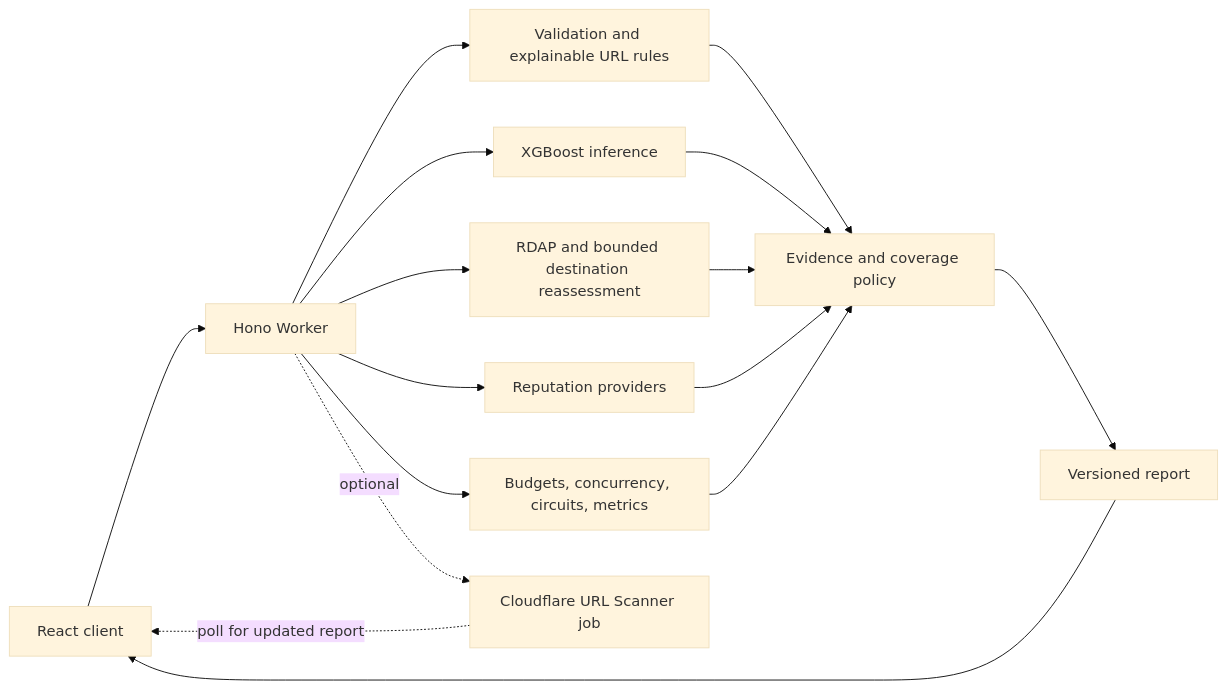
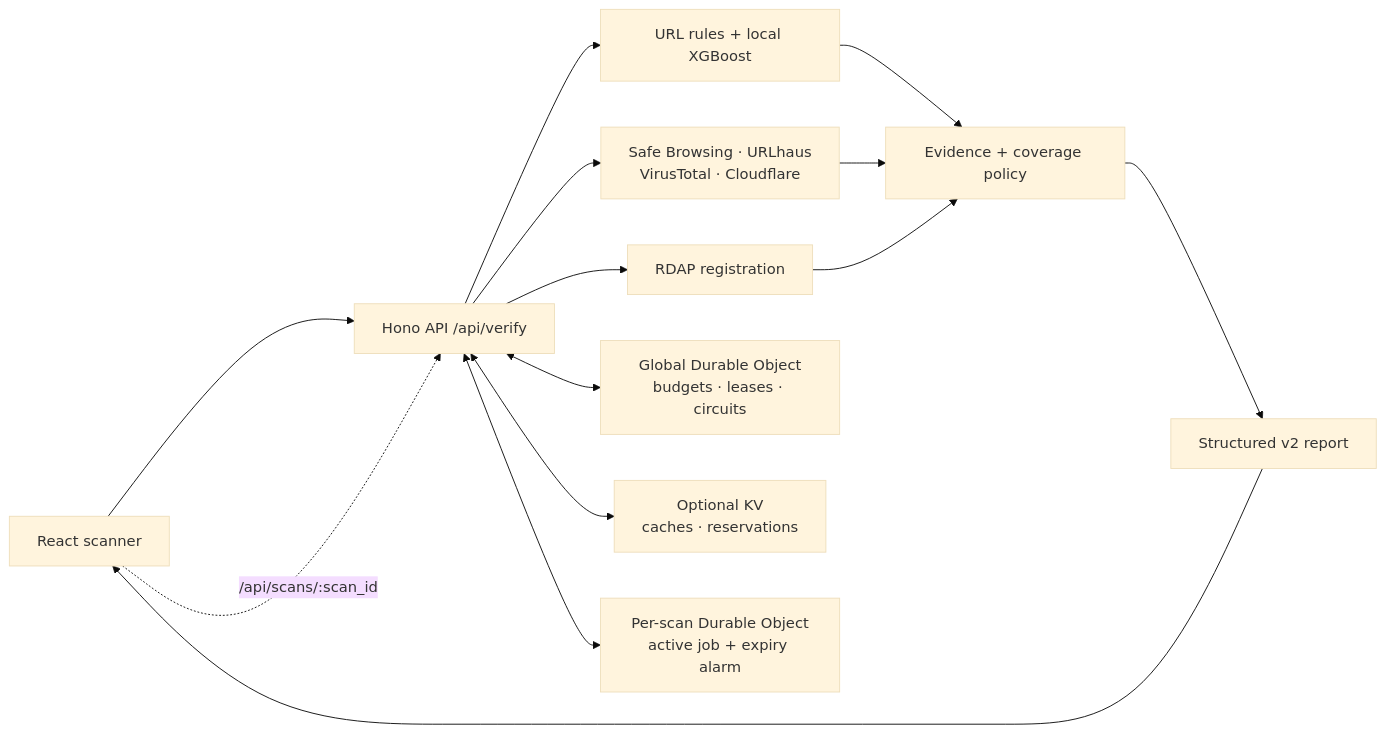
One commit to athx1337/phishX changed the diagram in README.md. Above: the diagram before and after it, drawn with Mermaid (base theme). The commit also changed other lines of this file and 2 other files, not shown here.

````diff
--- a/README.md
+++ b/README.md
@@ -35,18 +66,16 @@
 ```mermaid
 flowchart LR
-    A[React client] --> B[Hono Worker]
-    B --> C[Validation and explainable URL rules]
-    B --> D[XGBoost inference]
-    B --> E[RDAP and bounded destination reassessment]
-    B --> F[Reputation providers]
-    B --> G[Budgets, concurrency, circuits, metrics]
-    C --> H[Evidence and coverage policy]
-    D --> H
-    E --> H
-    F --> H
-    G --> H
-    H --> I[Versioned report]
-    I --> A
-    B -. optional .-> J[Cloudflare URL Scanner job]
-    J -. poll for updated report .-> A
+    UI[React scanner] --> API[Hono API /api/verify]
+    API --> Local[URL rules + local XGBoost]
+    API --> Remote[Safe Browsing · URLhaus<br/>VirusTotal · Cloudflare]
+    API --> RDAP[RDAP registration]
+    Local --> Policy[Evidence + coverage policy]
+    Remote --> Policy
+    RDAP --> Policy
+    Policy --> Report[Structured v2 report]
+    Report --> UI
+    API <--> Control[Global Durable Object<br/>budgets · leases · circuits]
+    API <--> KV[Optional KV<br/>caches · reservations]
+    API <--> Job[Per-scan Durable Object<br/>active job + expiry alarm]
+    UI -. /api/scans/:scan_id .-> API
 ```
````
